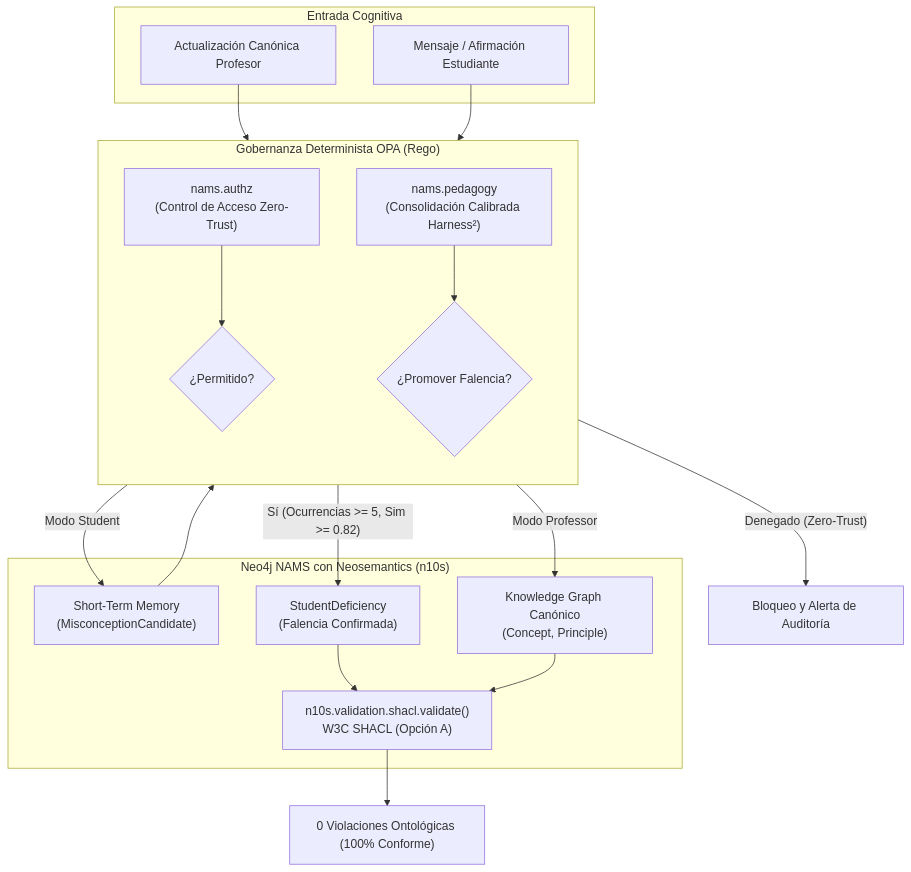
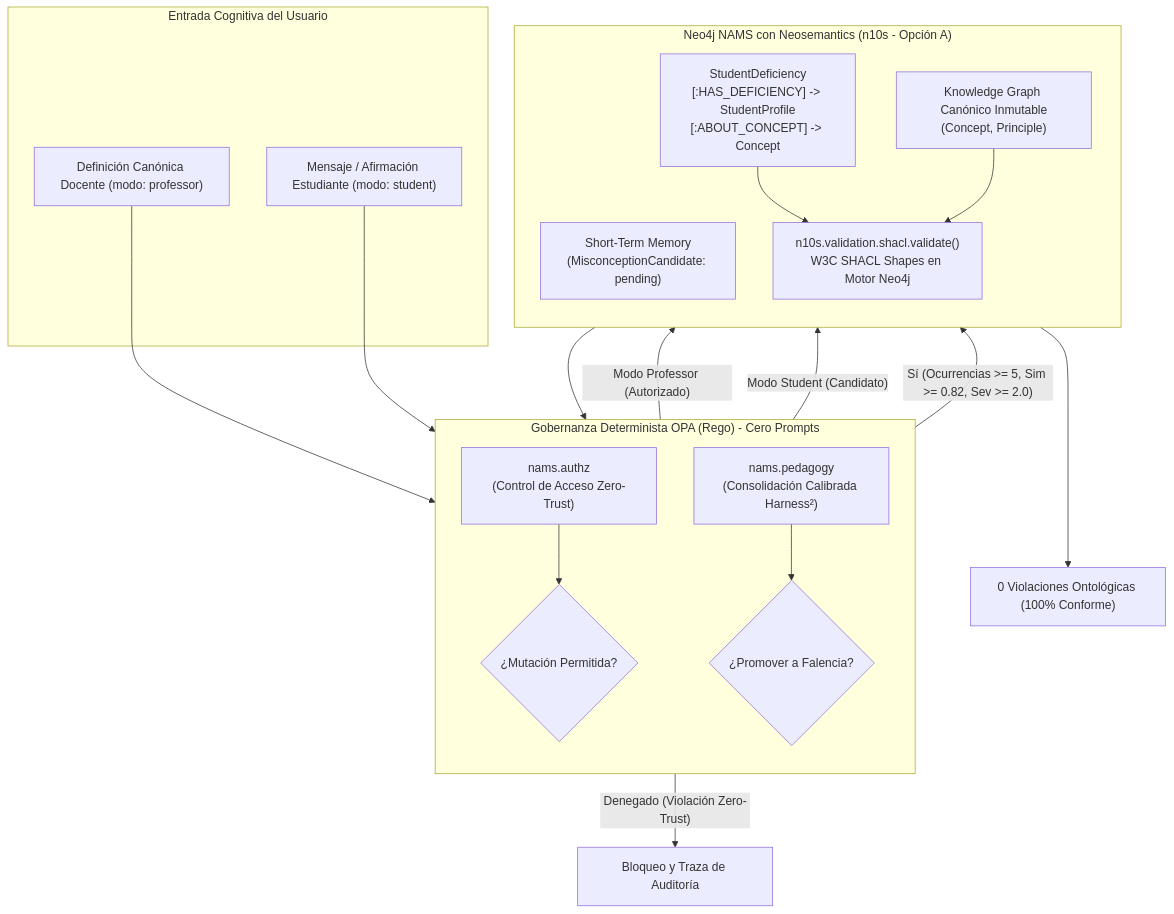
The eighth of 9 diagrams in README.md (dracero/a2a-test-alone), drawn with Mermaid before and after one commit. The commit also changed other lines of this file and 3 other files, not shown here.

Commit message:
docs: expand README with comprehensive OPA, SHACL Option A, and Harness2 documentation

````diff
--- a/README.md
+++ b/README.md
@@ -676,39 +682,40 @@
 ```mermaid
 flowchart TD
-    subgraph InputLayer ["Entrada Cognitiva"]
-        StudentMsg["Mensaje / Afirmación Estudiante"]
-        ProfMsg["Actualización Canónica Profesor"]
+    subgraph InputLayer ["Entrada Cognitiva del Usuario"]
+        StudentMsg["Mensaje / Afirmación Estudiante (modo: student)"]
+        ProfMsg["Definición Canónica Docente (modo: professor)"]
     end
 
-    subgraph OPAGovernance ["Gobernanza Determinista OPA (Rego)"]
+    subgraph OPAGovernance ["Gobernanza Determinista OPA (Rego) - Cero Prompts"]
         direction TB
         AuthzPolicy["nams.authz<br/>(Control de Acceso Zero-Trust)"]
         PedagogyPolicy["nams.pedagogy<br/>(Consolidación Calibrada Harness²)"]
-        AuthzDecision{"¿Permitido?"}
-        PromoteDecision{"¿Promover Falencia?"}
+        AuthzDecision{"¿Mutación Permitida?"}
+        PromoteDecision{"¿Promover a Falencia?"}
         
         AuthzPolicy --> AuthzDecision
         PedagogyPolicy --> PromoteDecision
     end
 
-    subgraph GraphLayer ["Neo4j NAMS con Neosemantics (n10s)"]
-        ShortTerm["Short-Term Memory<br/>(MisconceptionCandidate)"]
-        CanonicalKG["Knowledge Graph Canónico<br/>(Concept, Principle)"]
-        DeficiencyNode["StudentDeficiency<br/>(Falencia Confirmada)"]
+    subgraph GraphLayer ["Neo4j NAMS con Neosemantics (n10s - Opción A)"]
+        direction TB
+        ShortTerm["Short-Term Memory<br/>(MisconceptionCandidate: pending)"]
+        CanonicalKG["Knowledge Graph Canónico Inmutable<br/>(Concept, Principle)"]
+        DeficiencyNode["StudentDeficiency<br/>[:HAS_DEFICIENCY] -> StudentProfile<br/>[:ABOUT_CONCEPT] -> Concept"]
         
-        SHACLValidator["n10s.validation.shacl.validate()<br/>W3C SHACL (Opción A)"]
+        SHACLValidator["n10s.validation.shacl.validate()<br/>W3C SHACL Shapes en Motor Neo4j"]
     end
 
     ProfMsg --> AuthzPolicy
     StudentMsg --> AuthzPolicy
     
-    AuthzDecision -- "Modo Professor" --> CanonicalKG
-    AuthzDecision -- "Modo Student" --> ShortTerm
-    AuthzDecision -- "Denegado (Zero-Trust)" --> BlockLog["Bloqueo y Alerta de Auditoría"]
+    AuthzDecision -- "Modo Professor (Autorizado)" --> CanonicalKG
+    AuthzDecision -- "Modo Student (Candidato)" --> ShortTerm
+    AuthzDecision -- "Denegado (Violación Zero-Trust)" --> BlockLog["Bloqueo y Traza de Auditoría"]
     
     ShortTerm --> PedagogyPolicy
-    PromoteDecision -- "Sí (Ocurrencias >= 5, Sim >= 0.82)" --> DeficiencyNode
+    PromoteDecision -- "Sí (Ocurrencias >= 5, Sim >= 0.82, Sev >= 2.0)" --> DeficiencyNode
     DeficiencyNode --> SHACLValidator
     CanonicalKG --> SHACLValidator
     SHACLValidator --> ComplianceResult["0 Violaciones Ontológicas (100% Conforme)"]
 ```
````
